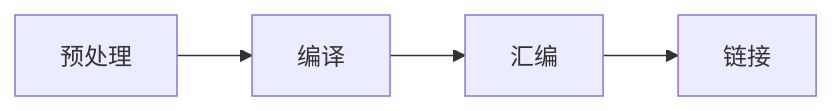
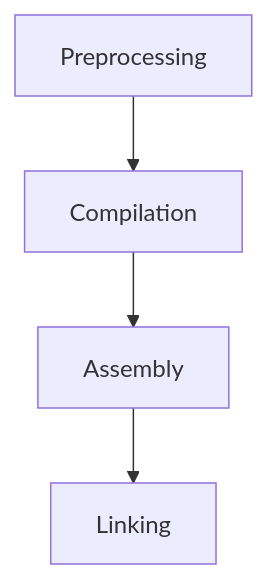
One commit to Aerosand/aerosand.github.io changed the first of 2 diagrams in content/docs/ofs/ofsp/01_helloWorld.md. Above: the diagram before and after it, drawn with Mermaid. The commit also changed other lines of this file and 30 other files, not shown here.

````diff
--- a/content/docs/ofs/ofsp/01_helloWorld.md
+++ b/content/docs/ofs/ofsp/01_helloWorld.md
@@ -172,4 +174,6 @@
 ```mermaid
-flowchart LR
-    预处理 --> 编译 --> 汇编 --> 链接
+flowchart TD
+    Preprocessing --> Compilation
+    Compilation --> Assembly
+    Assembly --> Linking
 ```
````
